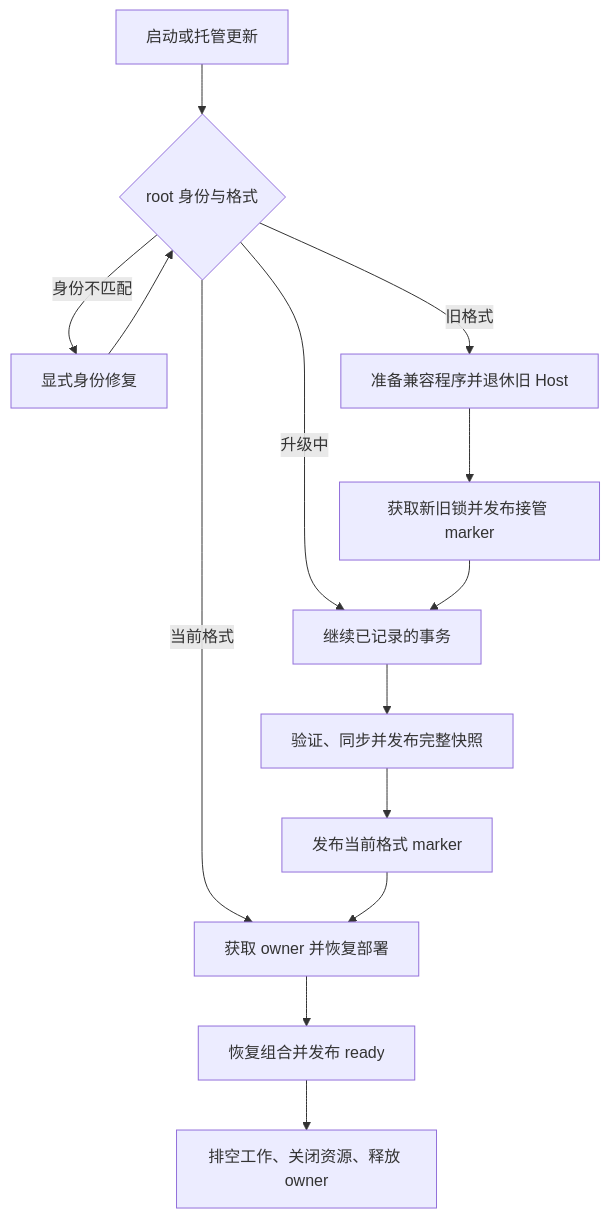
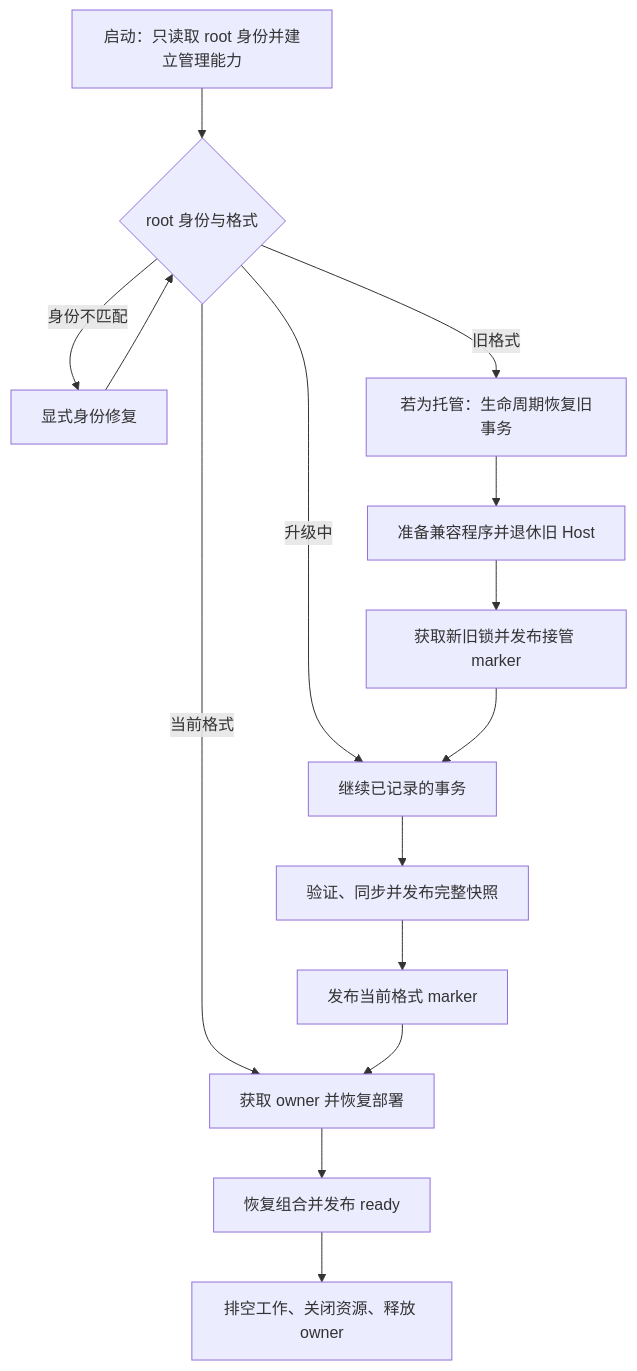
The second of 3 diagrams in docs/architecture/runtime-host-architecture.zh-CN.md (Astro-Han/maka-agent), drawn with Mermaid before and after one commit. The commit also changed other lines of this file and 15 other files, not shown here.

````diff
--- a/docs/architecture/runtime-host-architecture.zh-CN.md
+++ b/docs/architecture/runtime-host-architecture.zh-CN.md
@@ -115,16 +119,17 @@
 ```mermaid
 flowchart TD
-  A[启动或托管更新] --> B{root 身份与格式}
+  A[启动：只读取 root 身份并建立管理能力] --> B{root 身份与格式}
   B -->|身份不匹配| C[显式身份修复]
   C --> B
   B -->|当前格式| H[获取 owner 并恢复部署]
-  B -->|旧格式| D[准备兼容程序并退休旧 Host]
+  B -->|旧格式| L[若为托管：生命周期恢复旧事务]
+  L --> D[准备兼容程序并退休旧 Host]
   D --> E[获取新旧锁并发布接管 marker]
   B -->|升级中| F[继续已记录的事务]
   E --> F
   F --> G[验证、同步并发布完整快照]
   G --> I[发布当前格式 marker]
   I --> H
   H --> J[恢复组合并发布 ready]
   J --> K[排空工作、关闭资源、释放 owner]
 ```
````
